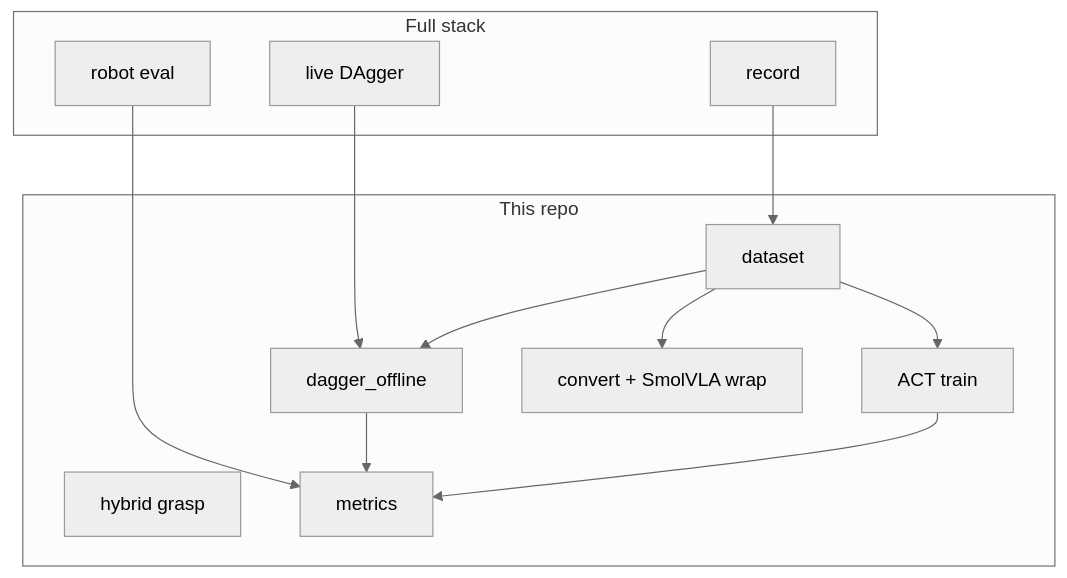
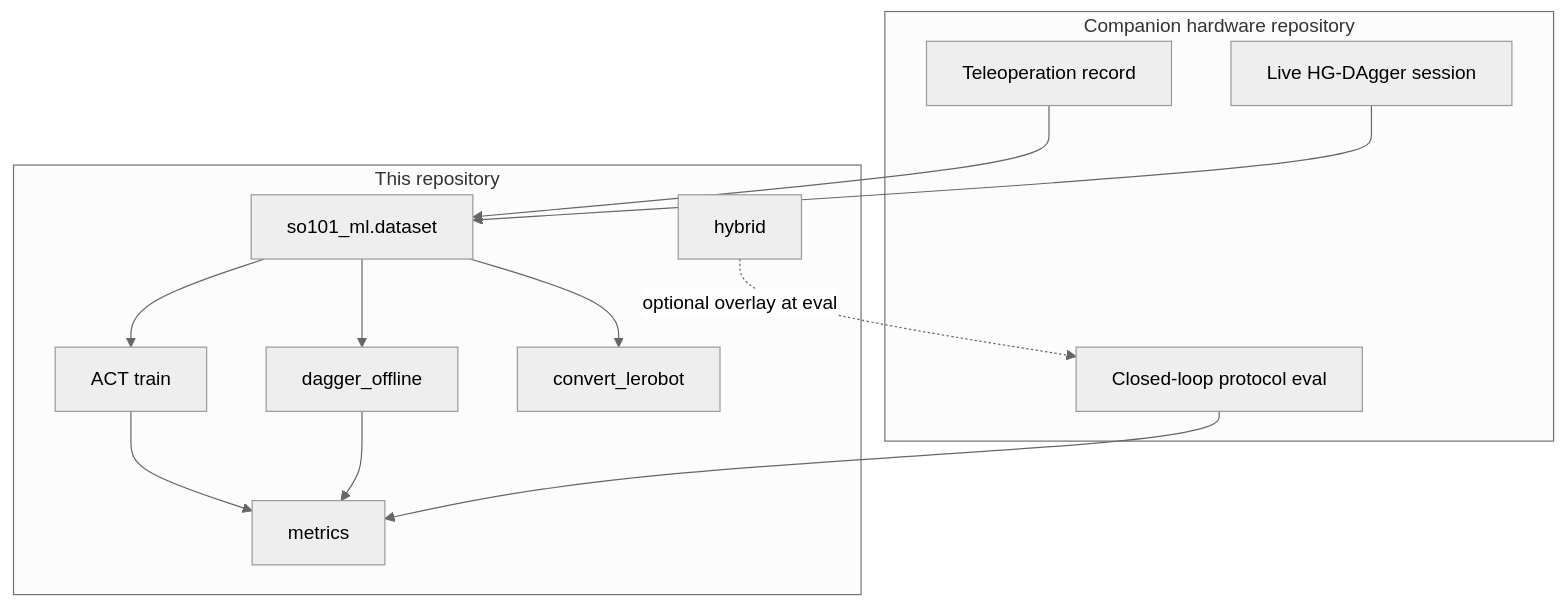
One commit to romil0001/so101-visuomotor-ml changed the diagram in docs/architecture.md. Above: the diagram before and after it, drawn with Mermaid (neutral theme). The commit also changed other lines of this file and 4 other files, not shown here.

````diff
--- a/docs/architecture.md
+++ b/docs/architecture.md
@@ -18,24 +21,27 @@
 ```mermaid
 flowchart TB
-  subgraph offline [This repo]
-    DS[dataset]
+  subgraph companion [Companion hardware repository]
+    REC[Teleoperation record]
+    LIVE[Live HG-DAgger session]
+    EVAL[Closed-loop protocol eval]
+  end
+
+  subgraph offline [This repository]
+    DS[so101_ml.dataset]
     ACT[ACT train]
     DG[dagger_offline]
-    SV[convert + SmolVLA wrap]
-    HY[hybrid grasp]
+    CV[convert_lerobot]
+    HY[hybrid]
     MET[metrics]
-    DS --> ACT
-    DS --> DG
-    DS --> SV
-    ACT --> MET
-    DG --> MET
   end
-  subgraph robot [Full stack]
-    REC[record]
-    LIVE[live DAgger]
-    EVAL[robot eval]
-  end
+
   REC --> DS
-  LIVE --> DG
+  LIVE --> DS
+  DS --> ACT
+  DS --> DG
+  DS --> CV
+  ACT --> MET
+  DG --> MET
   EVAL --> MET
+  HY -.->|optional overlay at eval| EVAL
 ```
````
